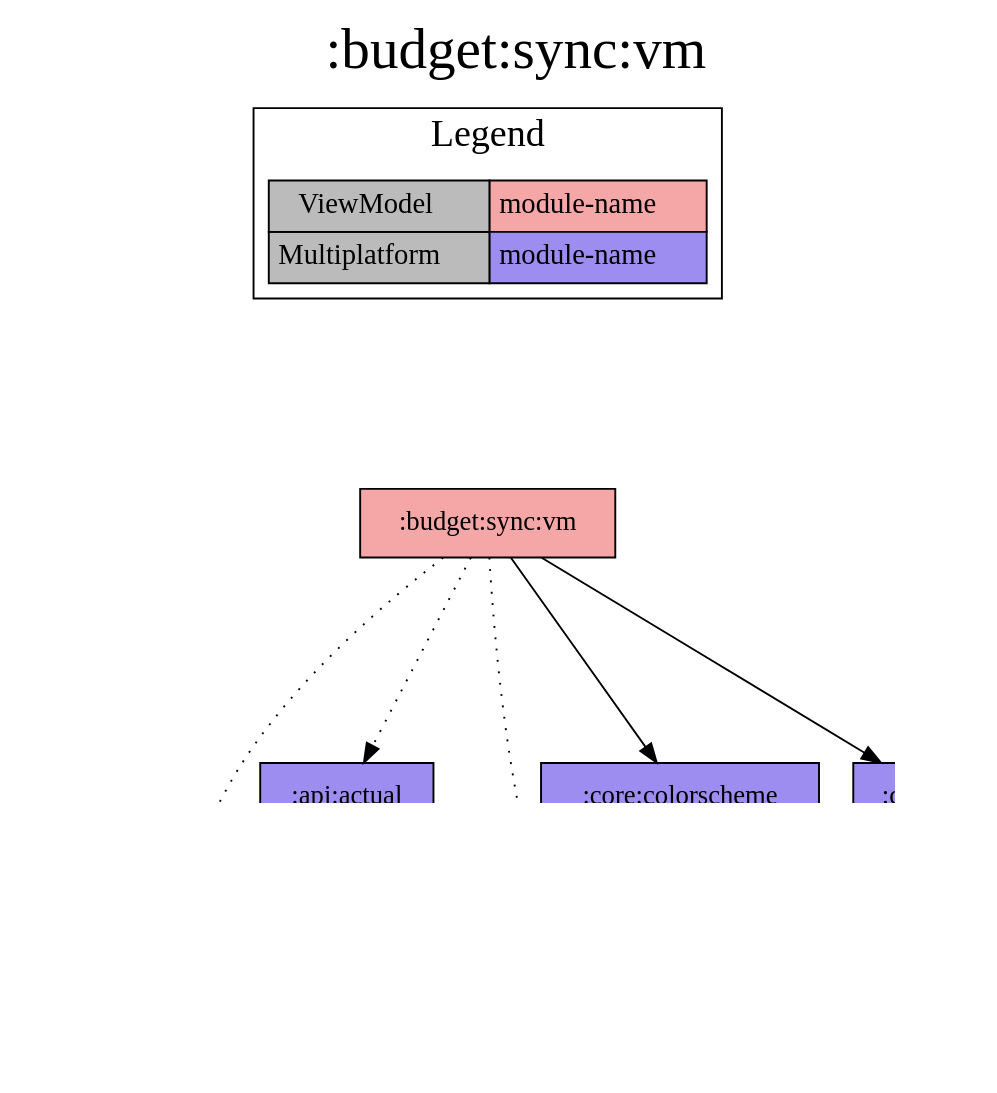
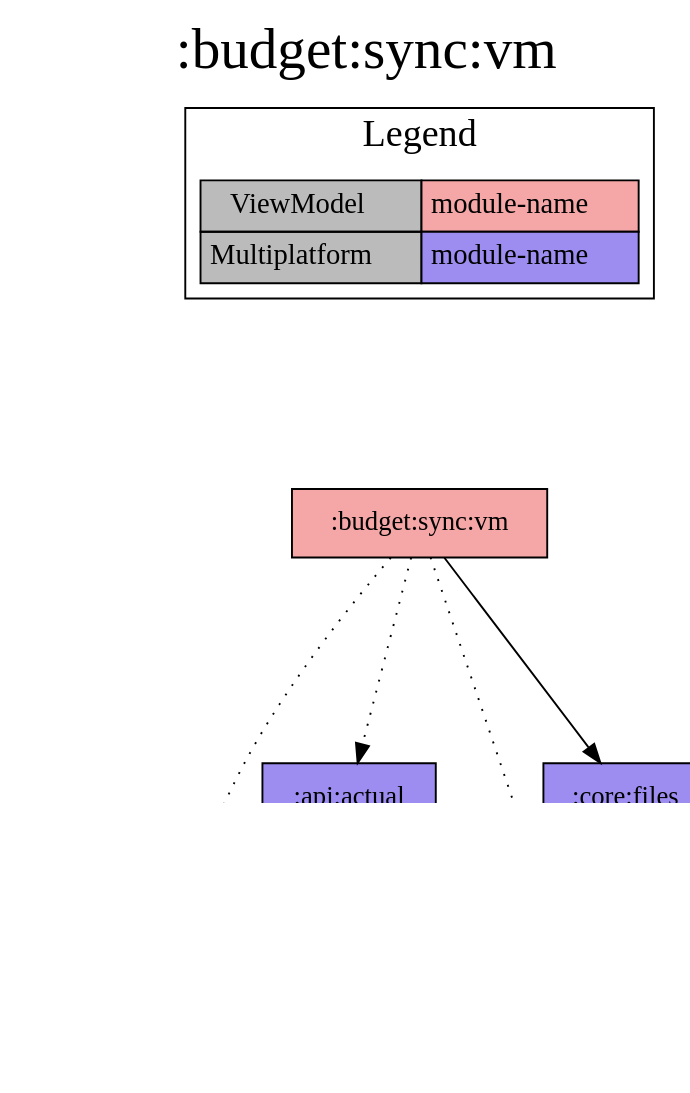
One commit to jonapoul/aktual changed the diagram in modules/budget/sync/vm/project-dependency-graph.dot. Above: the diagram before and after it, drawn with Graphviz. The commit also changed 46 other files, not shown here.

```diff
--- a/modules/budget/sync/vm/project-dependency-graph.dot
+++ b/modules/budget/sync/vm/project-dependency-graph.dot
@@ -1,35 +1,33 @@
 digraph {
 edge ["dir"="forward"]
 graph ["dpi"="100","label"=":budget:sync:vm","labelloc"="t","fontsize"="30","ranksep"="1.5","rankdir"="TB"]
 node ["style"="filled"]
 ":account:model" ["fillcolor"="#9D8DF1","shape"="box"]
 ":api:actual" ["fillcolor"="#9D8DF1","shape"="box"]
 ":budget:model" ["fillcolor"="#9D8DF1","shape"="box"]
 ":budget:sync:vm" ["fillcolor"="#F5A6A6","shape"="box"]
-":core:colorscheme" ["fillcolor"="#9D8DF1","shape"="box"]
 ":core:files" ["fillcolor"="#9D8DF1","shape"="box"]
 ":url:model" ["fillcolor"="#9D8DF1","shape"="box"]
 {
 edge ["dir"="none"]
 graph ["rank"="same"]
 }
 ":api:actual" -> ":account:model"
 ":api:actual" -> ":budget:model"
 ":api:actual" -> ":url:model"
 ":budget:sync:vm" -> ":account:model" ["style"="dotted"]
 ":budget:sync:vm" -> ":api:actual" ["style"="dotted"]
 ":budget:sync:vm" -> ":budget:model" ["style"="dotted"]
-":budget:sync:vm" -> ":core:colorscheme"
 ":budget:sync:vm" -> ":core:files"
 ":core:files" -> ":budget:model"
 subgraph "cluster_legend" {
 edge ["dir"="none"]
 graph ["label"="Legend","fontsize"="20"]
 "Legend" ["style"="filled","fillcolor"="#bbbbbb","shape"="none","margin"="0","fontsize"="15","label"=<
 <TABLE BORDER="0" CELLBORDER="1" CELLSPACING="0" CELLPADDING="4">
 <TR><TD>ViewModel</TD><TD BGCOLOR="#F5A6A6">module-name</TD></TR>
 <TR><TD>Multiplatform</TD><TD BGCOLOR="#9D8DF1">module-name</TD></TR>
 </TABLE>
 >]
 } -> ":budget:sync:vm" ["style"="invis"]
 }
```
